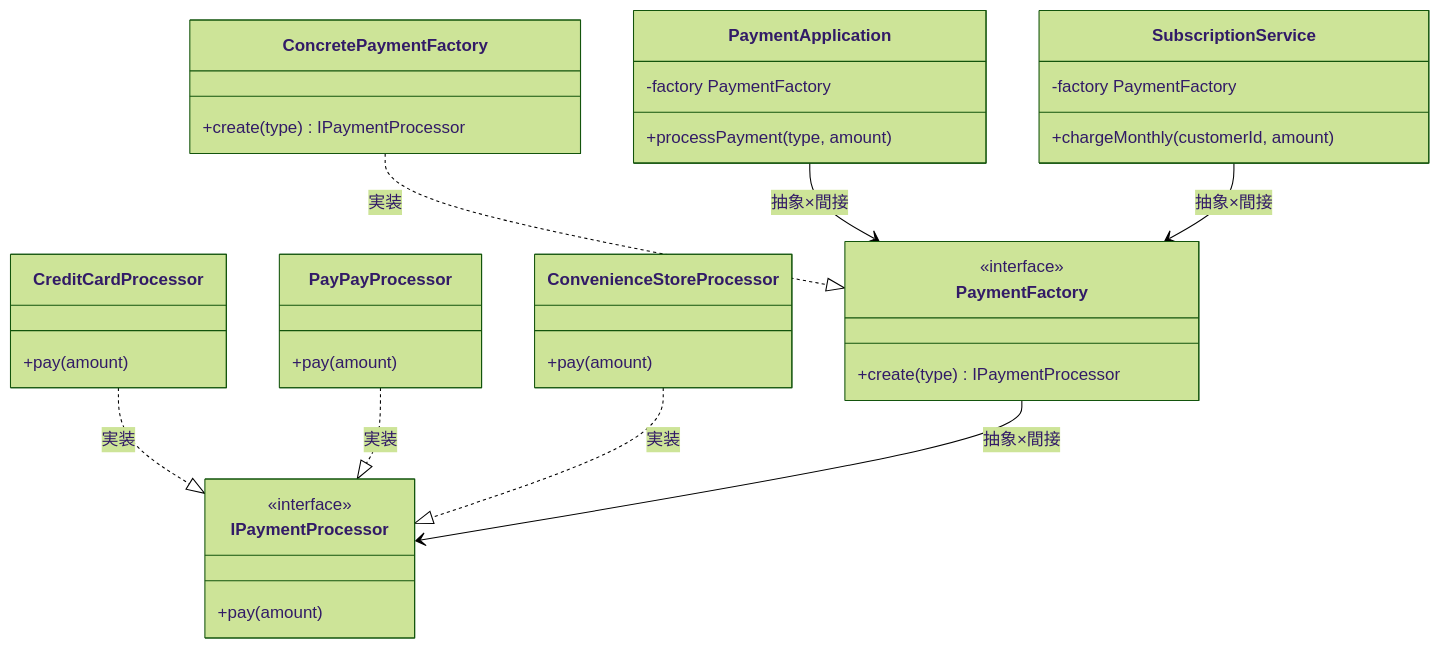
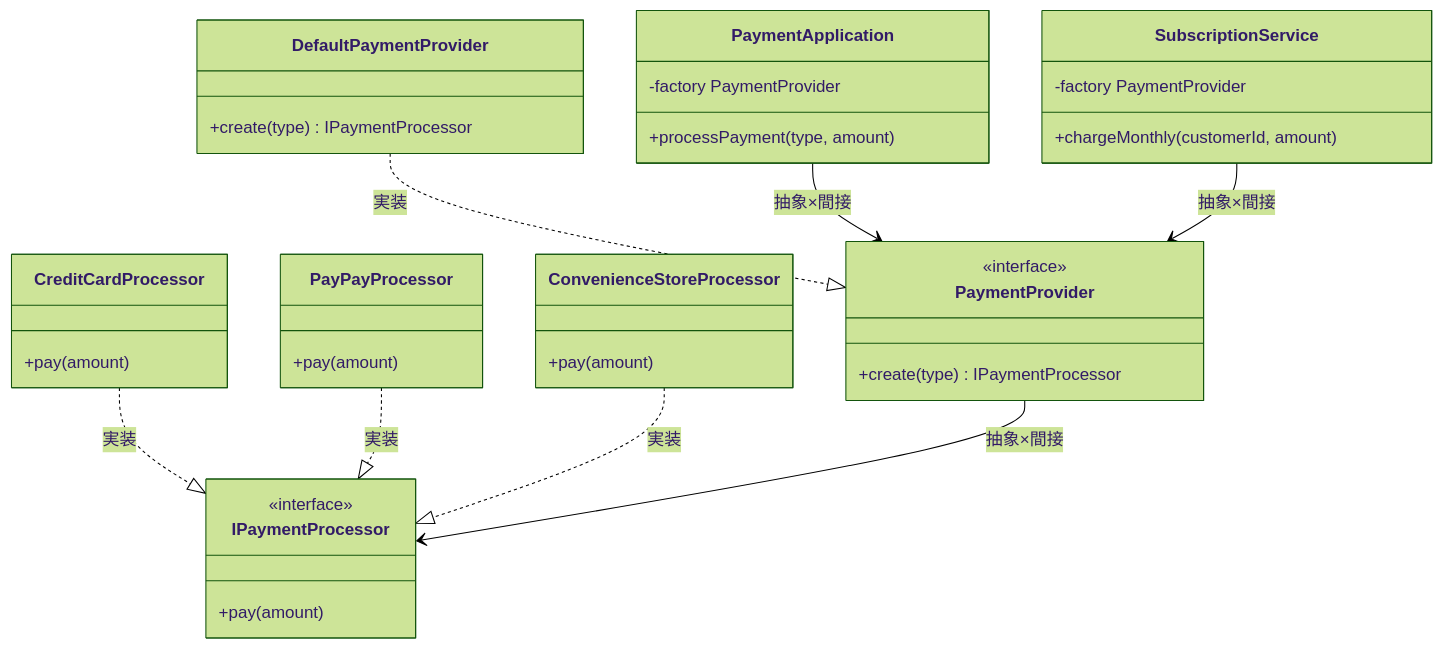
Before and after one commit to kumachan1101-pixel/DesignPattern: the seventh of 10 diagrams in kindle/design-patterns/output/chapter08.md, drawn with Mermaid (forest theme). The commit also changed other lines of this file and 1 other file, not shown here.

````diff
--- a/kindle/design-patterns/output/chapter08.md
+++ b/kindle/design-patterns/output/chapter08.md
@@ -883,38 +883,38 @@
 ```mermaid
 classDiagram
-    class PaymentFactory {
+    class PaymentProvider {
         <<interface>>
         +create(type) IPaymentProcessor
     }
     class IPaymentProcessor {
         <<interface>>
         +pay(amount)
     }
     class PaymentApplication {
-        -factory PaymentFactory
+        -factory PaymentProvider
         +processPayment(type, amount)
     }
     class SubscriptionService {
-        -factory PaymentFactory
+        -factory PaymentProvider
         +chargeMonthly(customerId, amount)
     }
-    class ConcretePaymentFactory {
+    class DefaultPaymentProvider {
         +create(type) IPaymentProcessor
     }
     class CreditCardProcessor {
         +pay(amount)
     }
     class PayPayProcessor {
         +pay(amount)
     }
     class ConvenienceStoreProcessor {
         +pay(amount)
     }
-    ConcretePaymentFactory ..|> PaymentFactory : 実装
+    DefaultPaymentProvider ..|> PaymentProvider : 実装
     CreditCardProcessor ..|> IPaymentProcessor : 実装
     PayPayProcessor ..|> IPaymentProcessor : 実装
     ConvenienceStoreProcessor ..|> IPaymentProcessor : 実装
-    PaymentApplication --> PaymentFactory : 抽象×間接
-    SubscriptionService --> PaymentFactory : 抽象×間接
-    PaymentFactory --> IPaymentProcessor : 抽象×間接
+    PaymentApplication --> PaymentProvider : 抽象×間接
+    SubscriptionService --> PaymentProvider : 抽象×間接
+    PaymentProvider --> IPaymentProcessor : 抽象×間接
 ```
````
